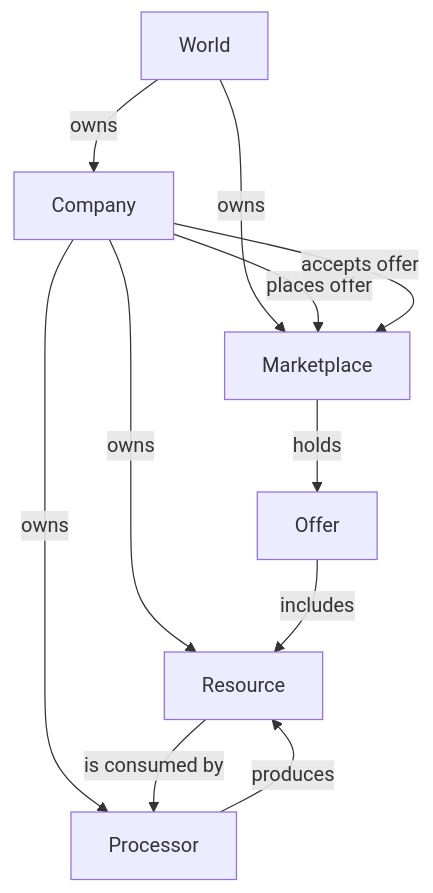
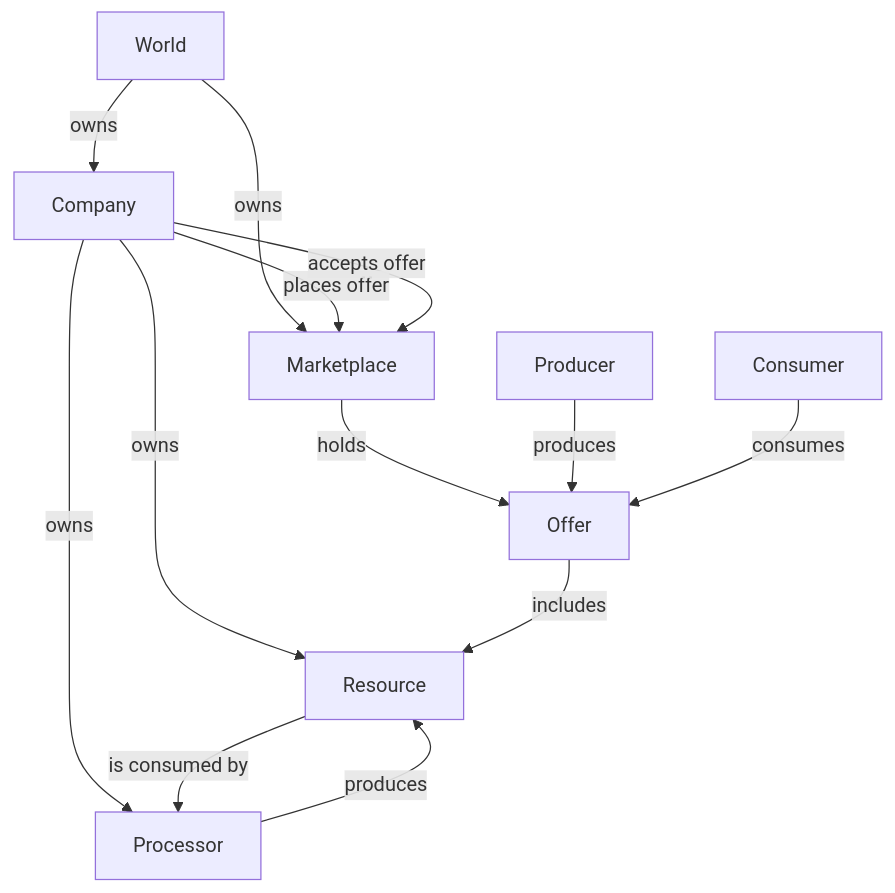
The diagram in README.md (hoenas/EconoSim), drawn with Mermaid before and after one commit.

Commit message:
Adjusted readme

````diff
--- a/README.md
+++ b/README.md
@@ -7,13 +7,15 @@
 ```mermaid
 graph TD;
     World -- owns --> Company
     World -- owns --> Marketplace
-    Marketplace-- holds -->Offer
+    Marketplace -- holds -->Offer
+    Producer -- produces -->Offer
+    Consumer -- consumes -->Offer
     Company -- places offer -->Marketplace
     Company -- accepts offer -->Marketplace
     Company -- owns -->Processor
     Company -- owns --> Resource
     Processor -- produces --> Resource
     Resource -- is consumed by --> Processor
     Offer -- includes --> Resource
 ```
````
